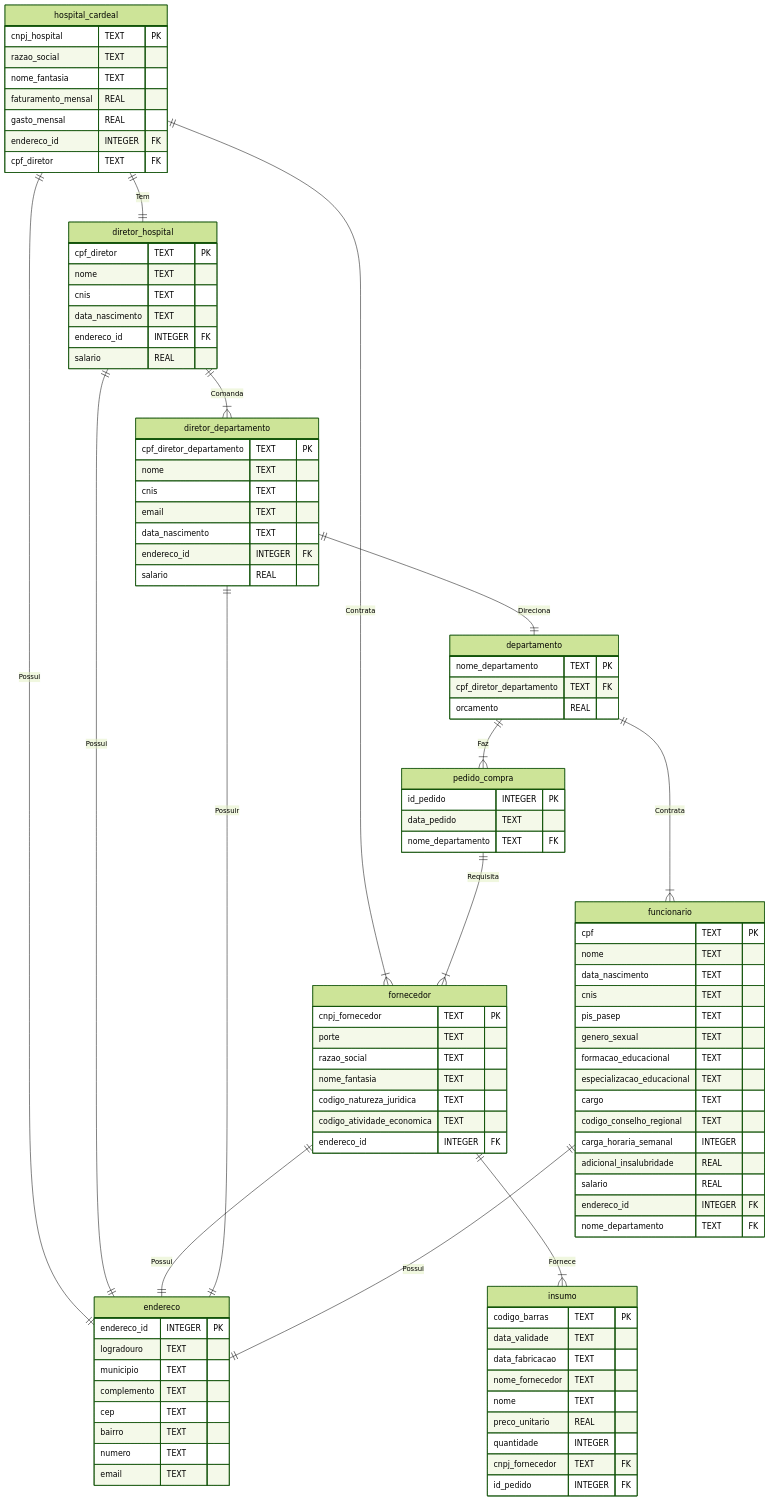
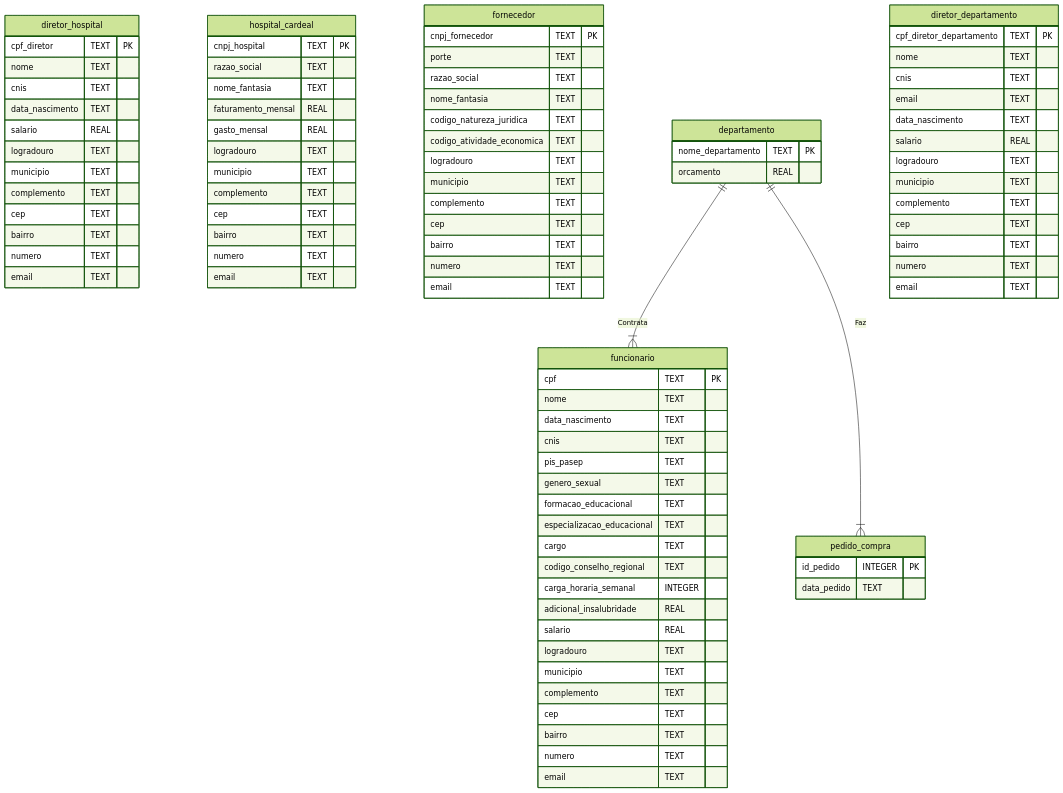
The diagram in Hospital Cardeal/README.md (MarvinSilcGit/Sqlite), drawn with Mermaid before and after one commit. The commit also changed 1 other file, not shown here.

Commit message:
Fixing minor errors

````diff
--- a/Hospital Cardeal/README.md
+++ b/Hospital Cardeal/README.md
@@ -9,9 +9,13 @@
 
 erDiagram
 
-endereco{
+diretor_hospital{
     
-    endereco_id INTEGER PK
+    cpf_diretor TEXT PK
+    nome TEXT
+    cnis TEXT
+    data_nascimento TEXT
+    salario REAL
     logradouro TEXT
     municipio TEXT
     complemento TEXT
@@ -21,16 +25,6 @@
     email TEXT
 }
 
-diretor_hospital{
-    
-    cpf_diretor TEXT PK
-    nome TEXT
-    cnis TEXT
-    data_nascimento TEXT
-    endereco_id INTEGER FK
-    salario REAL
-}
-
 hospital_cardeal{ 
     
     cnpj_hospital TEXT PK
@@ -38,8 +32,13 @@
     nome_fantasia TEXT
     faturamento_mensal REAL
     gasto_mensal REAL
-    endereco_id INTEGER FK
-    cpf_diretor TEXT FK
+    logradouro TEXT
+    municipio TEXT
+    complemento TEXT
+    cep TEXT
+    bairro TEXT
+    numero TEXT
+    email TEXT
 }
 
 fornecedor{ 
@@ -50,13 +49,18 @@
     nome_fantasia TEXT
     codigo_natureza_juridica TEXT
     codigo_atividade_economica TEXT
-    endereco_id INTEGER FK
+    logradouro TEXT
+    municipio TEXT
+    complemento TEXT
+    cep TEXT
+    bairro TEXT
+    numero TEXT
+    email TEXT
 }
 
 departamento{
     
     nome_departamento TEXT PK
-    cpf_diretor_departamento TEXT FK
     orcamento REAL
 }
 
@@ -67,8 +71,14 @@
     cnis TEXT
     email TEXT
     data_nascimento TEXT
-    endereco_id INTEGER FK
     salario REAL
+    logradouro TEXT
+    municipio TEXT
+    complemento TEXT
+    cep TEXT
+    bairro TEXT
+    numero TEXT
+    email TEXT
 }
 
 funcionario{
@@ -86,43 +96,22 @@
     carga_horaria_semanal INTEGER
     adicional_insalubridade REAL
     salario REAL
-    endereco_id INTEGER FK
-    nome_departamento TEXT FK
-}
-
-
-insumo{
-    
-    codigo_barras TEXT PK
-    data_validade TEXT
-    data_fabricacao TEXT
-    nome_fornecedor TEXT
-    nome TEXT
-    preco_unitario REAL
-    quantidade INTEGER
-    cnpj_fornecedor TEXT FK
-    id_pedido INTEGER FK
+    logradouro TEXT
+    municipio TEXT
+    complemento TEXT
+    cep TEXT
+    bairro TEXT
+    numero TEXT
+    email TEXT
 }
 
 pedido_compra{
 
     id_pedido INTEGER PK
     data_pedido TEXT
-    nome_departamento TEXT FK
     
 }
 
-hospital_cardeal ||--|| diretor_hospital: Tem
-hospital_cardeal ||--|{ fornecedor: Contrata
-hospital_cardeal ||--|| endereco: Possui
-diretor_hospital ||--|{ diretor_departamento: Comanda
-diretor_hospital ||--|| endereco: Possui
-fornecedor ||--|{ insumo: Fornece
-fornecedor ||--|| endereco: Possui
-diretor_departamento ||--|| departamento: Direciona
-diretor_departamento ||--|| endereco: Possuir
 departamento ||--|{ funcionario: Contrata
-departamento ||--|{ pedido_compra: Faz
-pedido_compra ||--|{ fornecedor: Requisita
-funcionario ||--|| endereco: Possui
+departamento ||--|{pedido_compra: Faz
 ```
````
